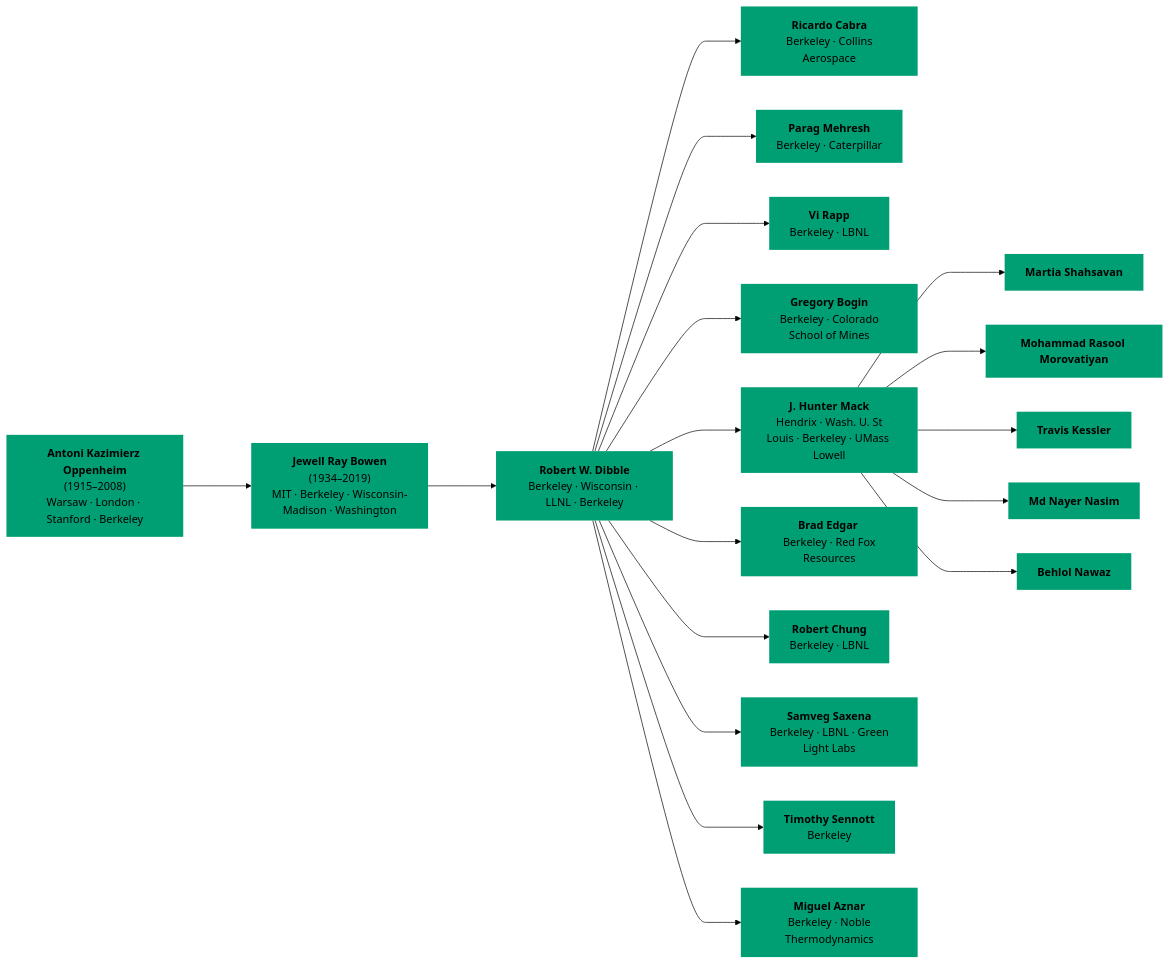
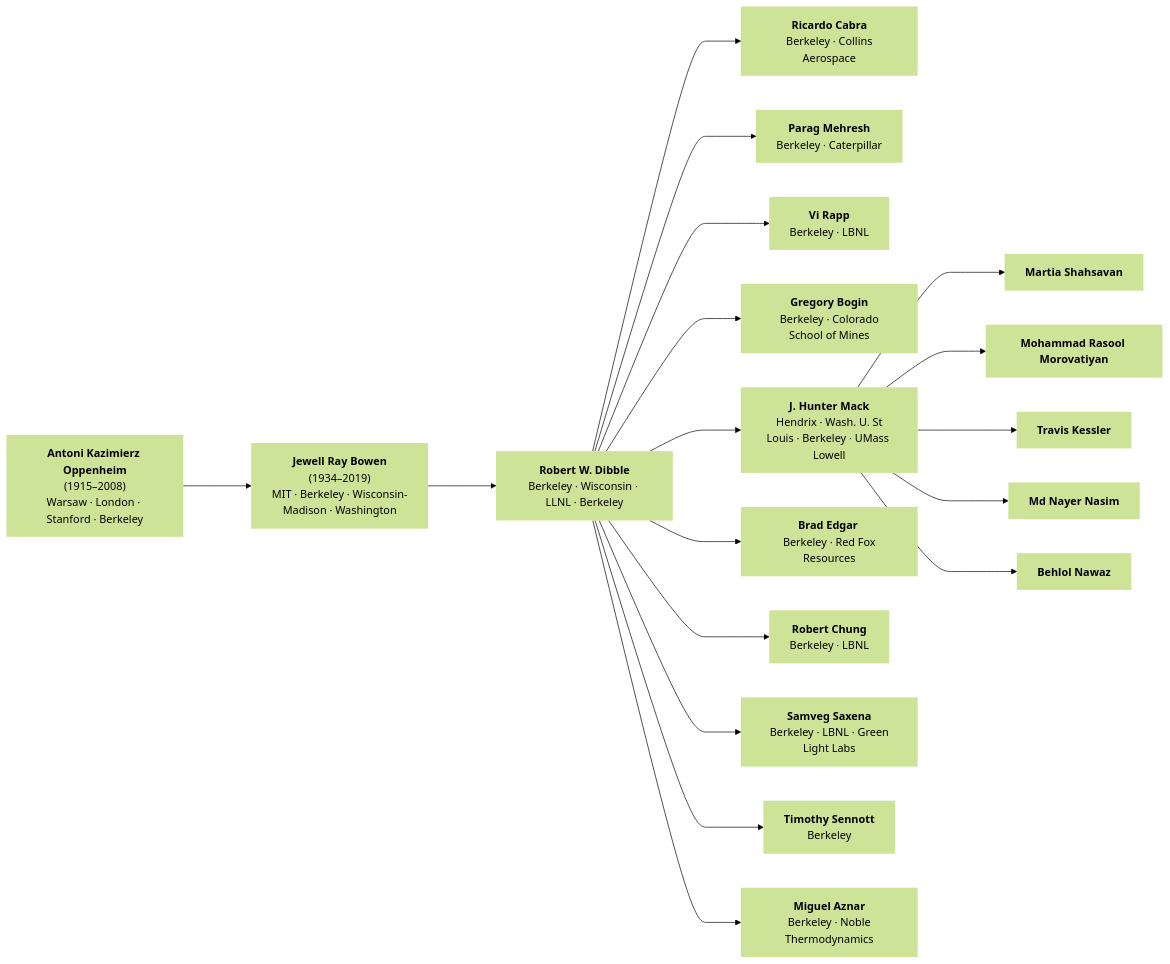
One commit to bnawaz95/ECRL-acad-tree changed the diagram in acad_tree.md. Above: the diagram before and after it, drawn with Mermaid (forest theme).

````diff
--- a/acad_tree.md
+++ b/acad_tree.md
@@ -1,48 +1,48 @@
 ```mermaid
 graph LR
     A["<b>Antoni Kazimierz Oppenheim</b><br/>(1915–2008)<br/>Warsaw · London · Stanford · Berkeley"]
 
     B["<b>Jewell Ray Bowen</b><br/>(1934–2019)<br/>MIT · Berkeley · Wisconsin-Madison · Washington"]
 
     C["<b>Robert W. Dibble</b><br/>Berkeley · Wisconsin · LLNL · Berkeley"]
 
     D1["<b>Ricardo Cabra</b><br/> Berkeley · Collins Aerospace"]
     D2["<b>Parag Mehresh</b><br/> Berkeley · Caterpillar"]
     D3["<b>Vi Rapp</b><br/> Berkeley · LBNL"]
     D4["<b>Gregory Bogin</b><br/> Berkeley · Colorado School of Mines"]
     D0["<b>J. Hunter Mack</b><br/> Hendrix · Wash. U. St Louis · Berkeley · UMass Lowell"]
     D5["<b>Brad Edgar </b><br/> Berkeley · Red Fox Resources"]
     D6["<b>Robert Chung</b><br/> Berkeley · LBNL"]
     D7["<b>Samveg Saxena</b><br/> Berkeley · LBNL · Green Light Labs"]
     D8["<b>Timothy Sennott</b><br/> Berkeley"]
     D9["<b>Miguel Aznar</b><br/> Berkeley · Noble Thermodynamics"]
 
     E["<b>Martia Shahsavan</b>"]
     F["<b>Mohammad Rasool Morovatiyan</b>"]
     G["<b>Travis Kessler</b>"]
     H["<b>Md Nayer Nasim</b>"]
     I["<b>Behlol Nawaz</b>"]
 
     A ---> B
     B ---> C
 
     C ---> D0
     C ---> D1
     C ---> D2
     C ---> D3
     C ---> D4
     C ---> D5
     C ---> D6
     C ---> D7
     C ---> D8
     C ---> D9
 
     D0 ---> E
     D0 ---> F
     D0 ---> G
     D0 ---> H
     D0 ---> I
 
-classDef noBorder stroke:none,stroke-width:0px,fill:#009E73;
+classDef noBorder stroke:none,stroke-width:0px,fill:#None;
 class A,B,C,D0,D1,D2,D3,D4,D5,D6,D6,D7,D8,D9,E,F,G,H,I, noBorder
 ```
````
